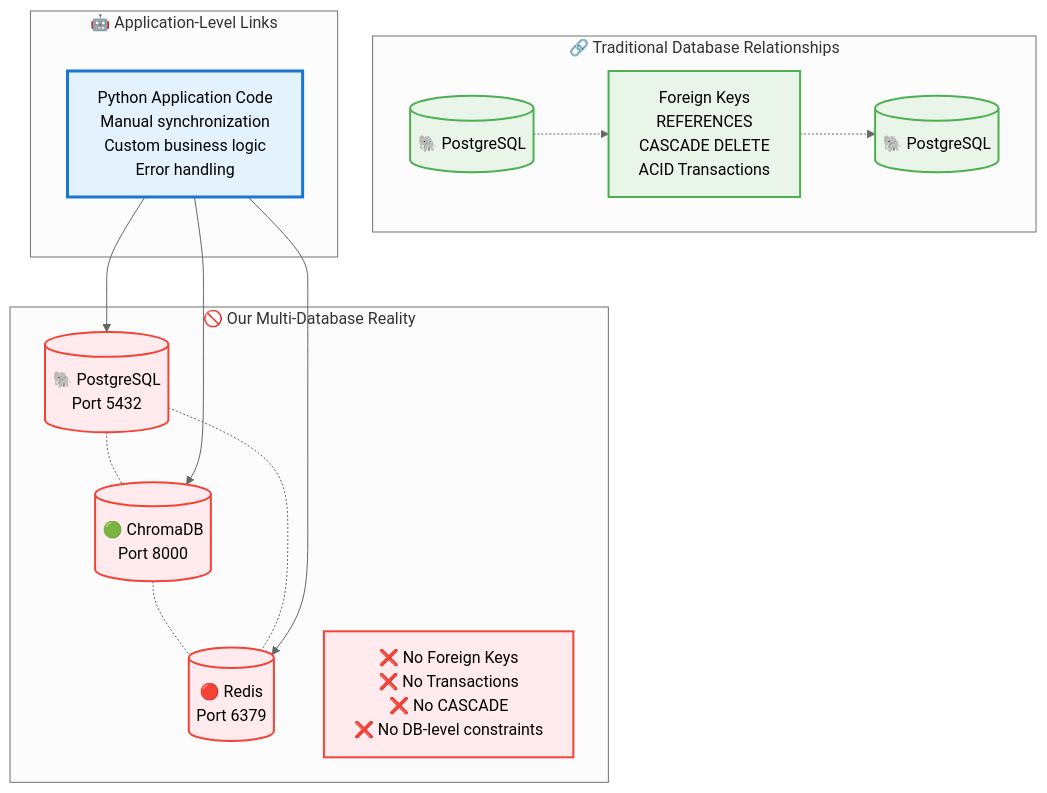
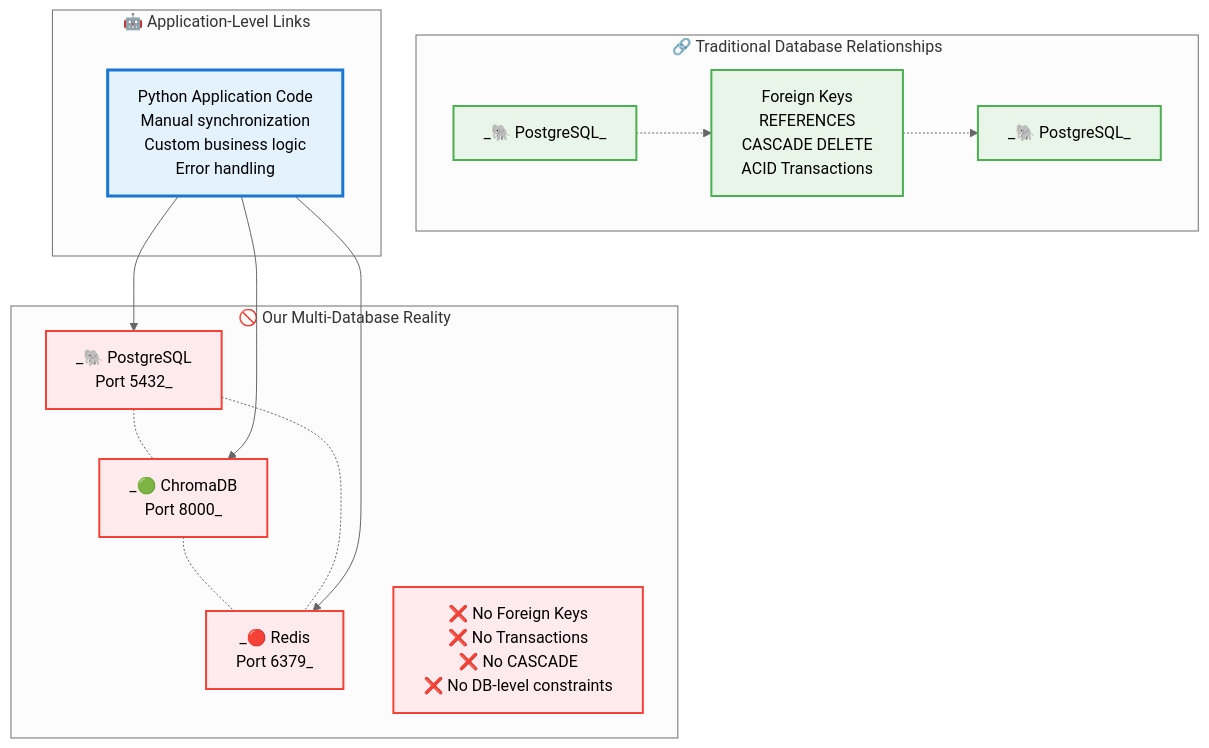
One commit to ngoquytuan/thietKeHeThongchatbot changed the fifth of 8 diagrams in db/databaseKnowledge.md. Above: the diagram before and after it, drawn with Mermaid (neutral theme). The commit also changed other lines of this file, not shown here.

````diff
--- a/db/databaseKnowledge.md
+++ b/db/databaseKnowledge.md
@@ -293,38 +293,38 @@
 ```mermaid
 graph TD
     subgraph "🔗 Traditional Database Relationships"
-        PG1[(🐘 PostgreSQL)]
-        PG2[(🐘 PostgreSQL)]
+        PG1[_🐘 PostgreSQL_]
+        PG2[_🐘 PostgreSQL_]
         FK[Foreign Keys<br/>REFERENCES<br/>CASCADE DELETE<br/>ACID Transactions]
         PG1 -.-> FK
         FK -.-> PG2
     end
     
     subgraph "🚫 Our Multi-Database Reality"
-        PostgreSQL[(🐘 PostgreSQL<br/>Port 5432)]
-        ChromaDB[(🟢 ChromaDB<br/>Port 8000)]
-        Redis[(🔴 Redis<br/>Port 6379)]
+        PostgreSQL[_🐘 PostgreSQL<br/>Port 5432_]
+        ChromaDB[_🟢 ChromaDB<br/>Port 8000_]
+        Redis[_🔴 Redis<br/>Port 6379_]
         
         Note1[❌ No Foreign Keys<br/>❌ No Transactions<br/>❌ No CASCADE<br/>❌ No DB-level constraints]
         
         PostgreSQL -.- ChromaDB
         ChromaDB -.- Redis
         PostgreSQL -.- Redis
     end
     
     subgraph "🤖 Application-Level Links"
         AppCode[Python Application Code<br/>Manual synchronization<br/>Custom business logic<br/>Error handling]
     end
     
     AppCode --> PostgreSQL
     AppCode --> ChromaDB  
     AppCode --> Redis
     
     classDef traditional fill:#e8f5e8,stroke:#4caf50,stroke-width:2px
     classDef isolated fill:#ffebee,stroke:#f44336,stroke-width:2px
     classDef app fill:#e3f2fd,stroke:#1976d2,stroke-width:3px
     
     class PG1,PG2,FK traditional
     class PostgreSQL,ChromaDB,Redis,Note1 isolated
     class AppCode app
 ```
````
